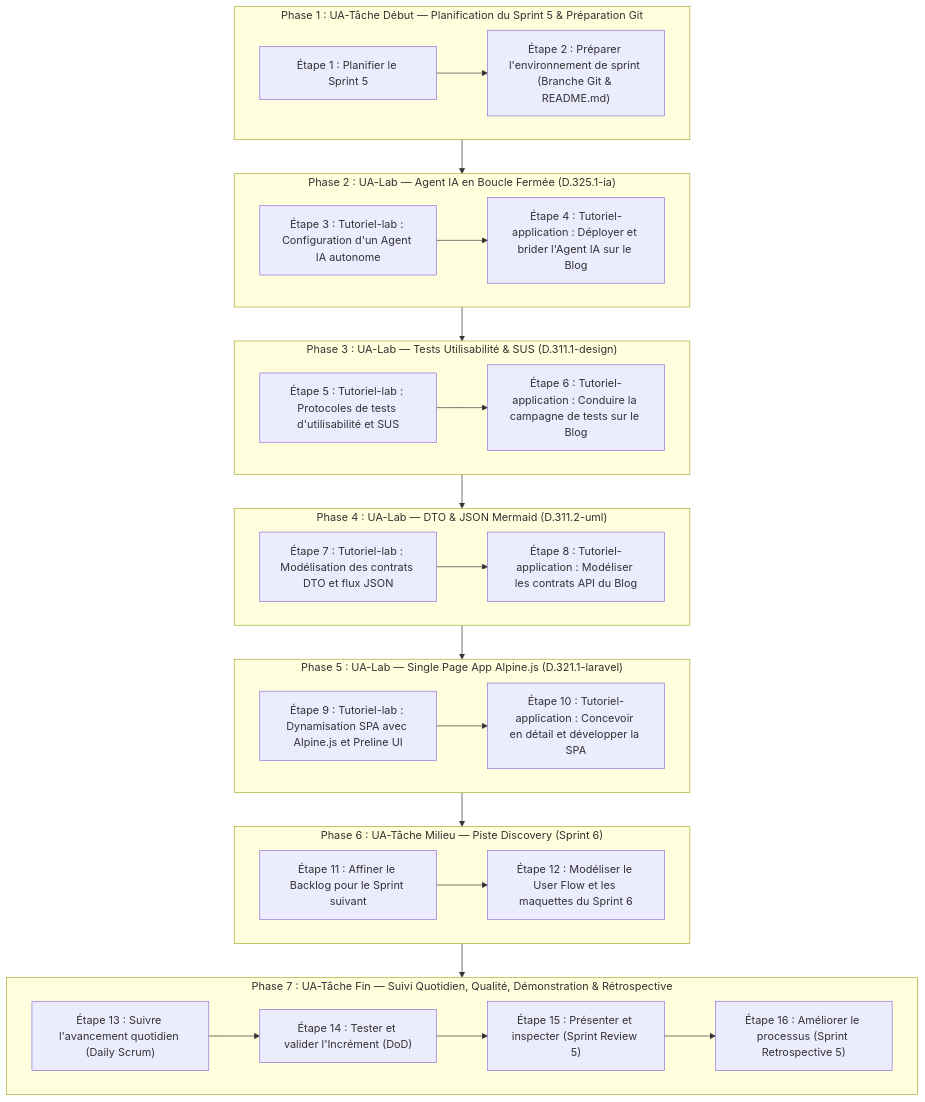
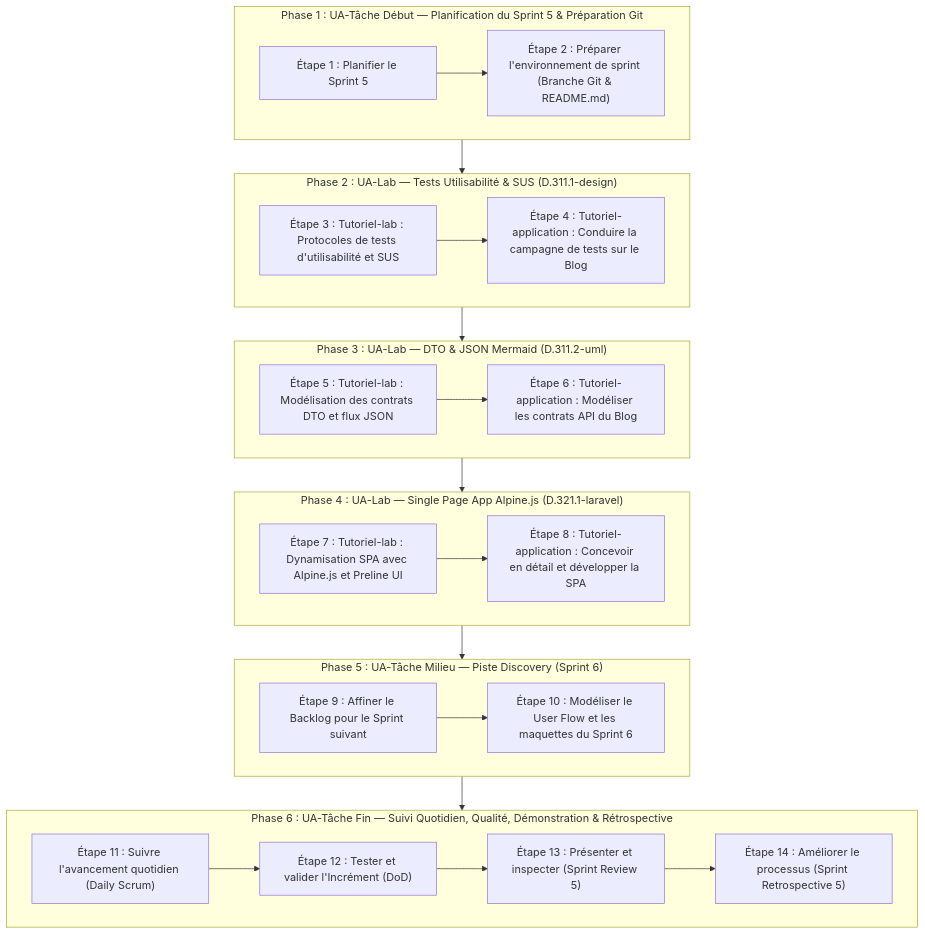
Before and after one commit to labs-web/projet-imiation-n3: the diagram in flux-travail/sessions/flux-travail-s5.md, drawn with Mermaid. The commit also changed other lines of this file and 5 other files, not shown here.

````diff
--- a/flux-travail/sessions/flux-travail-s5.md
+++ b/flux-travail/sessions/flux-travail-s5.md
@@ -57,48 +54,42 @@
 ```mermaid
 flowchart TD
     subgraph P1 ["Phase 1 : UA-Tâche Début — Planification du Sprint 5 & Préparation Git"]
         E1["Étape 1 : Planifier le Sprint 5"]
         E2["Étape 2 : Préparer l'environnement de sprint (Branche Git & README.md)"]
         E1 --> E2
     end
 
-    subgraph P2 ["Phase 2 : UA-Lab — Agent IA en Boucle Fermée (D.325.1-ia)"]
-        E3["Étape 3 : Tutoriel-lab : Configuration d'un Agent IA autonome"]
-        E4["Étape 4 : Tutoriel-application : Déployer et brider l'Agent IA sur le Blog"]
+    subgraph P2 ["Phase 2 : UA-Lab — Tests Utilisabilité & SUS (D.311.1-design)"]
+        E3["Étape 3 : Tutoriel-lab : Protocoles de tests d'utilisabilité et SUS"]
+        E4["Étape 4 : Tutoriel-application : Conduire la campagne de tests sur le Blog"]
         E3 --> E4
     end
 
-    subgraph P3 ["Phase 3 : UA-Lab — Tests Utilisabilité & SUS (D.311.1-design)"]
-        E5["Étape 5 : Tutoriel-lab : Protocoles de tests d'utilisabilité et SUS"]
-        E6["Étape 6 : Tutoriel-application : Conduire la campagne de tests sur le Blog"]
+    subgraph P3 ["Phase 3 : UA-Lab — DTO & JSON Mermaid (D.311.2-uml)"]
+        E5["Étape 5 : Tutoriel-lab : Modélisation des contrats DTO et flux JSON"]
+        E6["Étape 6 : Tutoriel-application : Modéliser les contrats API du Blog"]
         E5 --> E6
     end
 
-    subgraph P4 ["Phase 4 : UA-Lab — DTO & JSON Mermaid (D.311.2-uml)"]
-        E7["Étape 7 : Tutoriel-lab : Modélisation des contrats DTO et flux JSON"]
-        E8["Étape 8 : Tutoriel-application : Modéliser les contrats API du Blog"]
+    subgraph P4 ["Phase 4 : UA-Lab — Single Page App Alpine.js (D.321.1-laravel)"]
+        E7["Étape 7 : Tutoriel-lab : Dynamisation SPA avec Alpine.js et Preline UI"]
+        E8["Étape 8 : Tutoriel-application : Concevoir en détail et développer la SPA"]
         E7 --> E8
     end
 
-    subgraph P5 ["Phase 5 : UA-Lab — Single Page App Alpine.js (D.321.1-laravel)"]
-        E9["Étape 9 : Tutoriel-lab : Dynamisation SPA avec Alpine.js et Preline UI"]
-        E10["Étape 10 : Tutoriel-application : Concevoir en détail et développer la SPA"]
+    subgraph P5 ["Phase 5 : UA-Tâche Milieu — Piste Discovery (Sprint 6)"]
+        E9["Étape 9 : Affiner le Backlog pour le Sprint suivant"]
+        E10["Étape 10 : Modéliser le User Flow et les maquettes du Sprint 6"]
         E9 --> E10
     end
 
-    subgraph P6 ["Phase 6 : UA-Tâche Milieu — Piste Discovery (Sprint 6)"]
-        E11["Étape 11 : Affiner le Backlog pour le Sprint suivant"]
-        E12["Étape 12 : Modéliser le User Flow et les maquettes du Sprint 6"]
-        E11 --> E12
+    subgraph P6 ["Phase 6 : UA-Tâche Fin — Suivi Quotidien, Qualité, Démonstration & Rétrospective"]
+        E11["Étape 11 : Suivre l'avancement quotidien (Daily Scrum)"]
+        E12["Étape 12 : Tester et valider l'Incrément (DoD)"]
+        E13["Étape 13 : Présenter et inspecter (Sprint Review 5)"]
+        E14["Étape 14 : Améliorer le processus (Sprint Retrospective 5)"]
+        E11 --> E12 --> E13 --> E14
     end
 
-    subgraph P7 ["Phase 7 : UA-Tâche Fin — Suivi Quotidien, Qualité, Démonstration & Rétrospective"]
-        E13["Étape 13 : Suivre l'avancement quotidien (Daily Scrum)"]
-        E14["Étape 14 : Tester et valider l'Incrément (DoD)"]
-        E15["Étape 15 : Présenter et inspecter (Sprint Review 5)"]
-        E16["Étape 16 : Améliorer le processus (Sprint Retrospective 5)"]
-        E13 --> E14 --> E15 --> E16
-    end
-
-    P1 --> P2 --> P3 --> P4 --> P5 --> P6 --> P7
+    P1 --> P2 --> P3 --> P4 --> P5 --> P6
 ```
````
